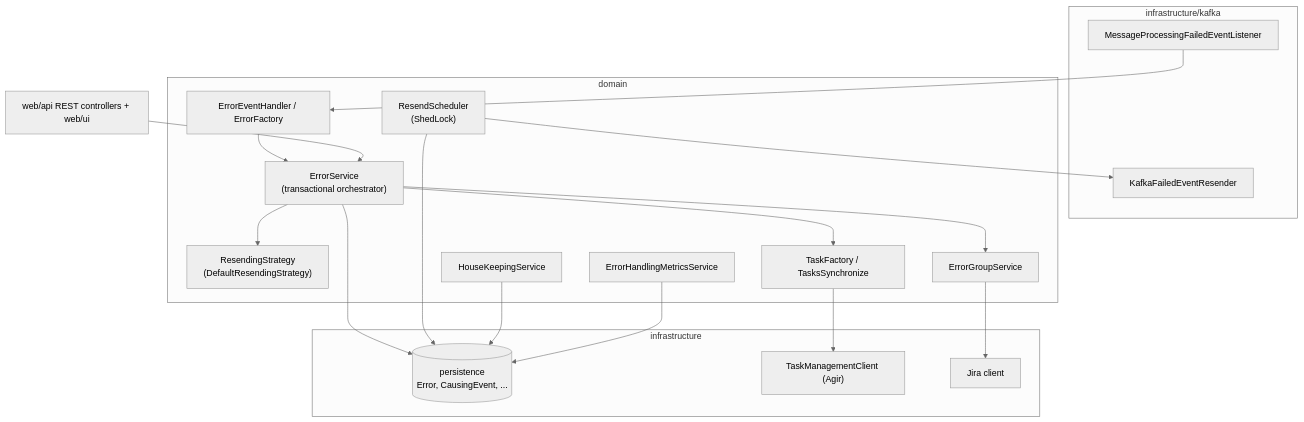
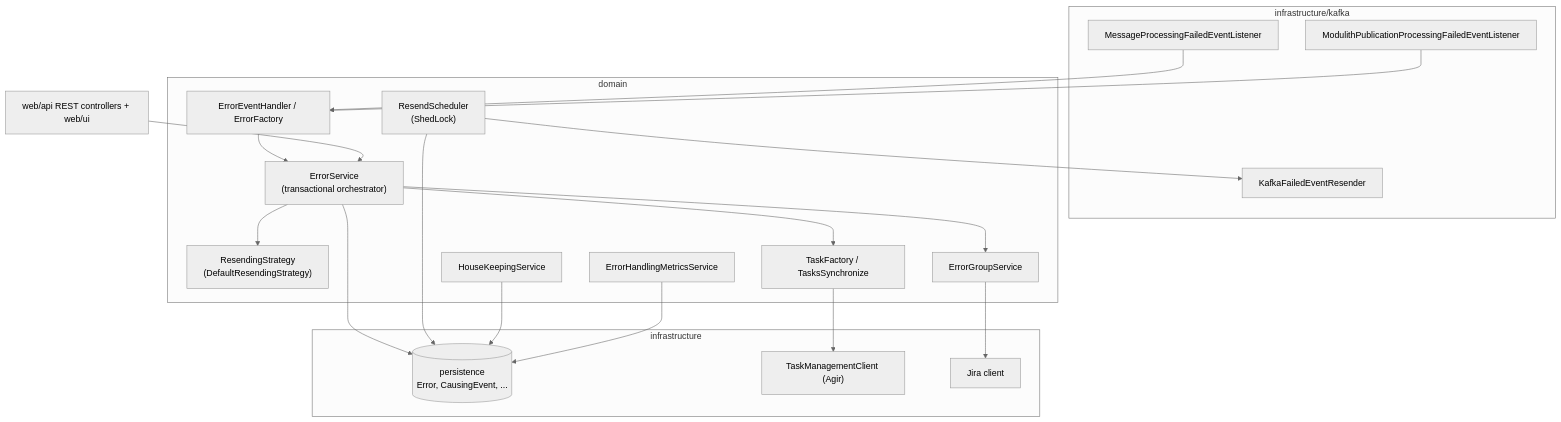
One commit to jeap-admin-ch/jeap-error-handling changed the second of 4 diagrams in docs/architecture.md. Above: the diagram before and after it, drawn with Mermaid (neutral theme). The commit also changed other lines of this file and 16 other files, not shown here.

````diff
--- a/docs/architecture.md
+++ b/docs/architecture.md
@@ -65,34 +70,36 @@
 ```mermaid
 flowchart TB
     subgraph inbound["infrastructure/kafka"]
         Listener["MessageProcessingFailedEventListener"]
+        ModulithListener["ModulithPublicationProcessingFailedEventListener"]
         Resender["KafkaFailedEventResender"]
     end
     subgraph domain["domain"]
         Handler["ErrorEventHandler / ErrorFactory"]
         Service["ErrorService<br/>(transactional orchestrator)"]
         Strategy["ResendingStrategy<br/>(DefaultResendingStrategy)"]
         Scheduler["ResendScheduler<br/>(ShedLock)"]
         Tasks["TaskFactory / TasksSynchronize"]
         Groups["ErrorGroupService"]
         Housekeeping["HouseKeepingService"]
         Metrics["ErrorHandlingMetricsService"]
     end
     subgraph outbound["infrastructure"]
         Persistence[("persistence<br/>Error, CausingEvent, ...")]
         TaskClient["TaskManagementClient (Agir)"]
         JiraClient["Jira client"]
     end
     Web["web/api REST controllers + web/ui"]
 
     Listener --> Handler --> Service
+    ModulithListener --> Handler
     Service --> Strategy
     Service --> Persistence
     Scheduler --> Resender
     Scheduler --> Persistence
     Service --> Tasks --> TaskClient
     Service --> Groups --> JiraClient
     Web --> Service
     Housekeeping --> Persistence
     Metrics --> Persistence
 ```
````
